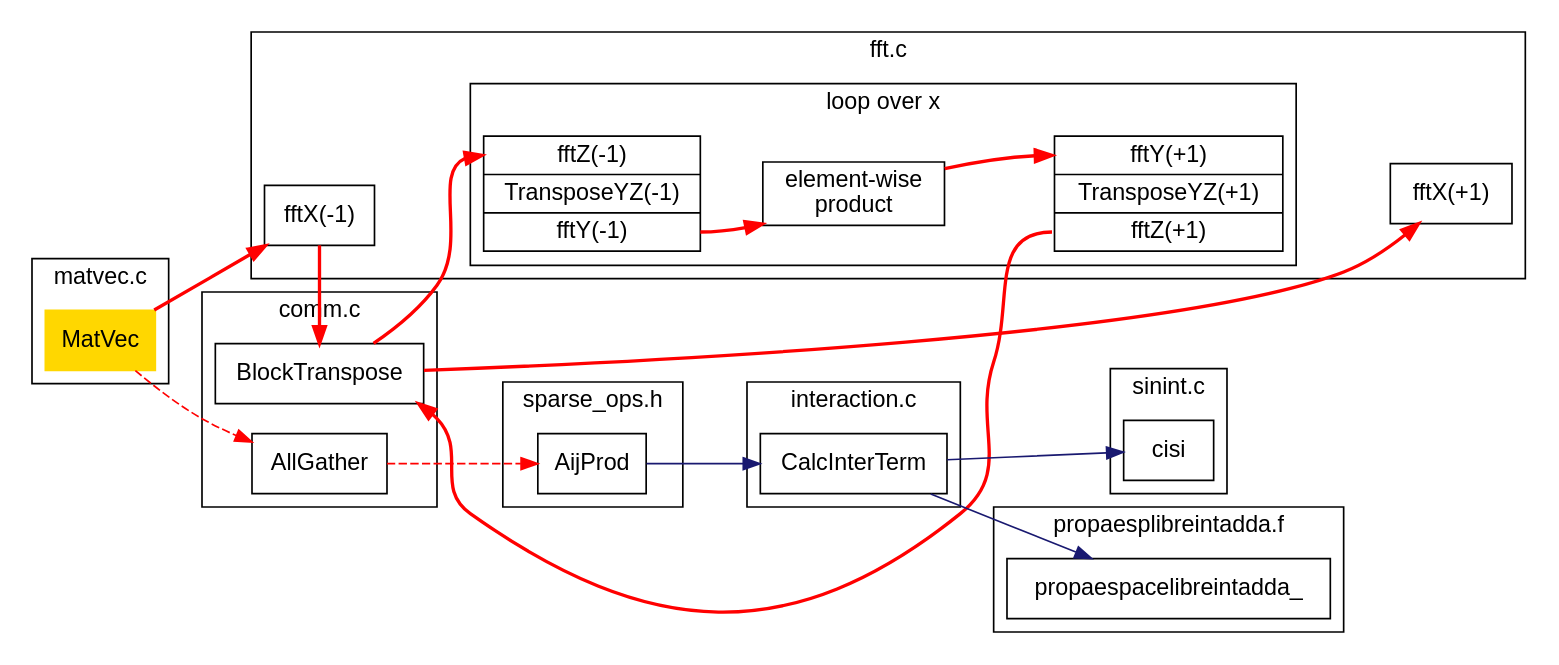
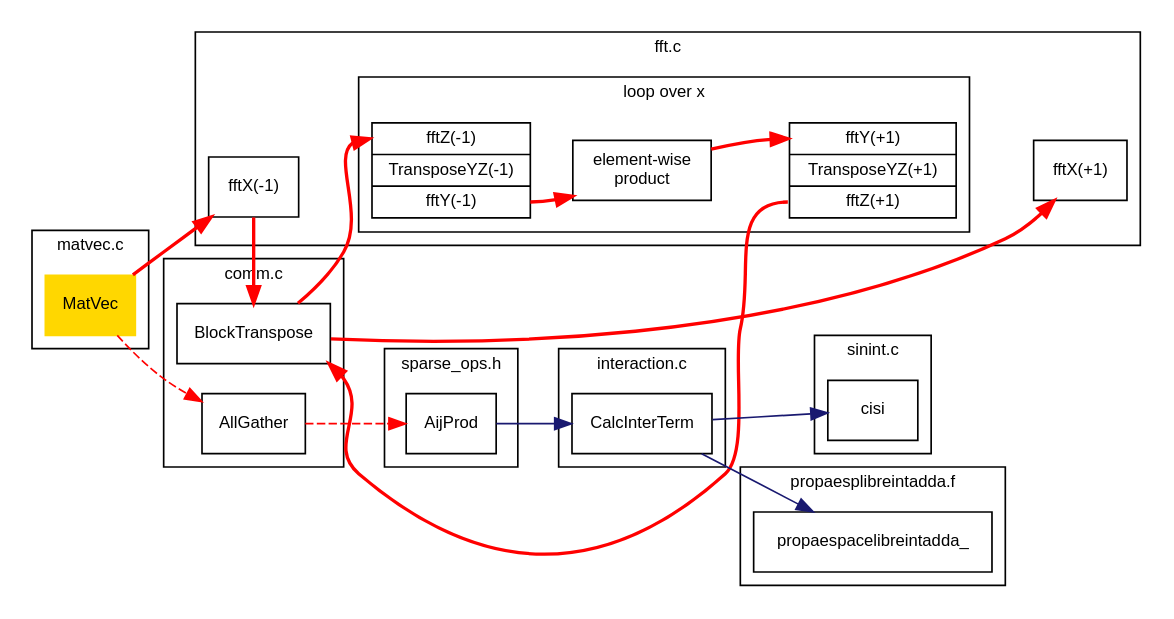
One commit to adda-team/adda changed the diagram in doc/gv/matvec.gv. Above: the diagram before and after it, drawn with Graphviz. The commit also changed 6 other files, not shown here.

```diff
--- a/doc/gv/matvec.gv
+++ b/doc/gv/matvec.gv
@@ -1,53 +1,55 @@
 digraph matvec
 {
 	rankdir=LR
 	edge [color=midnightblue]
-	node [fontname=Helvetica,shape=box];
+	node [fontname=Helvetica,fontsize=10,shape=box];
 	fontname=Helvetica
+	fontsize=10
+	ranksep=.35
 	
 	subgraph cluster_matvec {
 		MatVec [style=filled,color=gold]
 		label = "matvec.c";
 	}
 	subgraph cluster_comm {
 		BlockTranspose
 		AllGather
 		label = "comm.c";
 	}
 	subgraph cluster_fft {
 		"fftX(-1)"
 		"fftX(+1)"
 		subgraph cluster_loop{
 			fftYZ [shape=record,label="<0> fftZ(-1)|TransposeYZ(-1)|<1> fftY(-1)"]
 			fftYZInv [shape=record,label="<0> fftY(+1)|TransposeYZ(+1)|<1> fftZ(+1)"]
 			elem [label="element-wise\nproduct"]
 			label="loop over x"
 		}
 		"fftX(-1)"  -> fftYZ [style=invis]
 		fftYZInv -> "fftX(+1)" [style=invis]
 		label = "fft.c"
 	}
 	subgraph cluster_sparse {
 		AijProd
 		label = "sparse_ops.h";
 	}
 	subgraph cluster_cisi {
 		cisi
 		label = "sinint.c";
 	}	
 	subgraph cluster_igt {
 		propaespacelibreintadda_
 		label = "propaesplibreintadda.f"
 	}
 	subgraph cluster_inter {
 		CalcInterTerm
 		label = "interaction.c";
 	}
 	MatVec -> "fftX(-1)"  [color=red,style=bold]
 	"fftX(-1)"  -> BlockTranspose -> fftYZ:0 [color=red,style=bold,constraint=false]
 	fftYZ:1 -> elem -> fftYZInv:0 [color=red,style=bold]
 	fftYZInv:1 -> BlockTranspose -> "fftX(+1)" [color=red,style=bold,constraint=false]
 	MatVec -> AllGather -> AijProd [color=red,style=dashed]
 	CalcInterTerm -> cisi
 	AijProd -> CalcInterTerm -> propaespacelibreintadda_
 }
```
